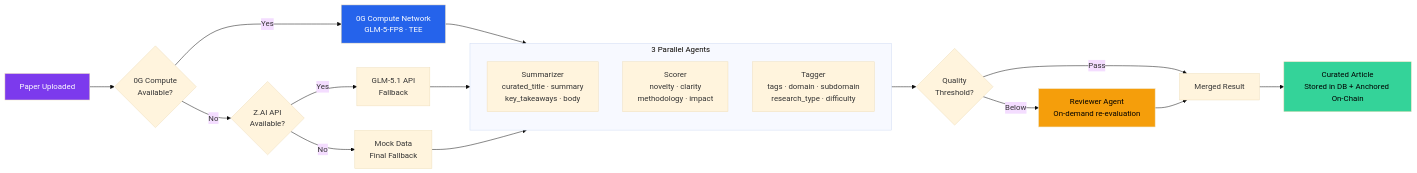
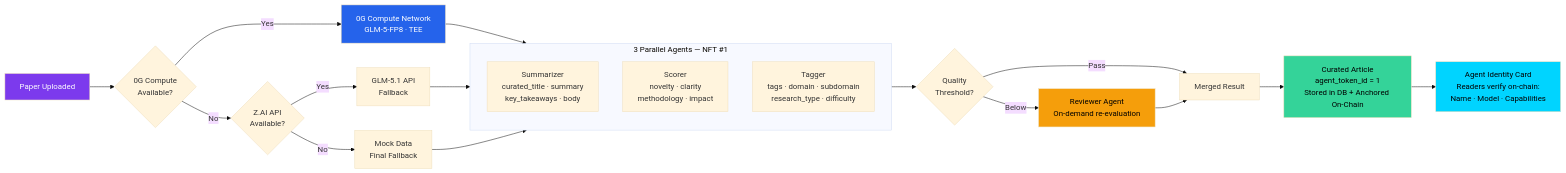
Before and after one commit to dwlpra/rumah-peneliti: the third of 4 diagrams in README.md, drawn with Mermaid (base theme). The commit also changed other lines of this file and 17 other files, not shown here.

First line of the commit message:
feat: on-chain AI agent identity (ERC-7857 inspired), 4th contract on 0G mainnet

````diff
--- a/README.md
+++ b/README.md
@@ -157,29 +223,32 @@
 ```mermaid
 flowchart LR
     A[Paper Uploaded] --> B{0G Compute<br/>Available?}
     B -->|Yes| C[0G Compute Network<br/>GLM-5-FP8 · TEE]
     B -->|No| D{Z.AI API<br/>Available?}
     D -->|Yes| E[GLM-5.1 API<br/>Fallback]
     D -->|No| F[Mock Data<br/>Final Fallback]
     C --> G
     E --> G
     F --> G
 
-    subgraph G["3 Parallel Agents"]
+    subgraph G["3 Parallel Agents — NFT #1"]
         direction TB
         S["Summarizer<br/>curated_title · summary<br/>key_takeaways · body"]
         SC["Scorer<br/>novelty · clarity<br/>methodology · impact"]
         T["Tagger<br/>tags · domain · subdomain<br/>research_type · difficulty"]
     end
 
     G --> H{Quality<br/>Threshold?}
     H -->|Below| I["Reviewer Agent<br/>On-demand re-evaluation"]
     H -->|Pass| J[Merged Result]
     I --> J
-    J --> K[Curated Article<br/>Stored in DB + Anchored On-Chain]
+    J --> K["Curated Article<br/>agent_token_id = 1<br/>Stored in DB + Anchored On-Chain"]
+
+    K --> L["Agent Identity Card<br/>Readers verify on-chain:<br/>Name · Model · Capabilities"]
 
     style A fill:#7c3aed,color:#fff
     style C fill:#2563eb,color:#fff
     style I fill:#f59e0b,color:#000
     style K fill:#34d399,color:#000
+    style L fill:#00d4ff,color:#000
 ```
````
